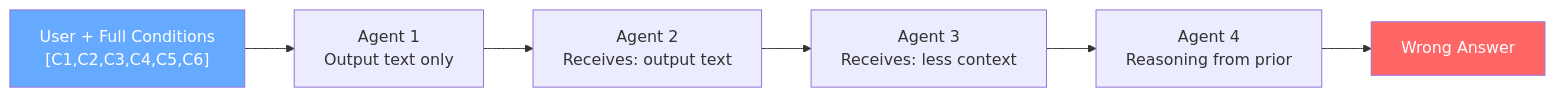
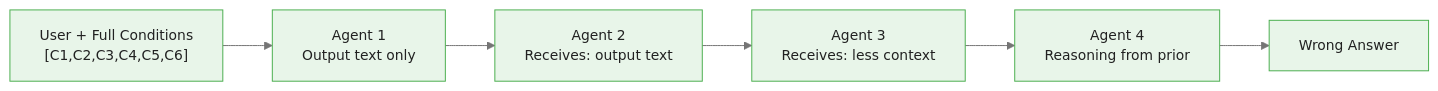
Before and after one commit to m-deane/course-creator: the first of 3 diagrams in courses/bayesian-prompt-engineering/modules/module_05_agents_workflows/guides/01_agent_conditioning_slides.md, drawn with Mermaid. The commit also changed other lines of this file and 53 other files, not shown here.

````diff
--- a/courses/bayesian-prompt-engineering/modules/module_05_agents_workflows/guides/01_agent_conditioning_slides.md
+++ b/courses/bayesian-prompt-engineering/modules/module_05_agents_workflows/guides/01_agent_conditioning_slides.md
@@ -43,10 +46,9 @@
 ```mermaid
+%%{init: {"theme": "base", "themeVariables": {"primaryColor": "#e8f5e9", "primaryBorderColor": "#4caf50", "primaryTextColor": "#212121", "secondaryColor": "#e3f2fd", "tertiaryColor": "#fff8e1", "lineColor": "#757575", "fontFamily": "Inter, sans-serif", "fontSize": "14px"}}}%%
 flowchart LR
     U["User + Full Conditions\n[C1,C2,C3,C4,C5,C6]"] --> A1
     A1["Agent 1\nOutput text only"] --> A2
     A2["Agent 2\nReceives: output text"] --> A3
     A3["Agent 3\nReceives: less context"] --> A4
     A4["Agent 4\nReasoning from prior"] --> R["Wrong Answer"]
-    style R fill:#f66,color:#fff
-    style U fill:#6af,color:#fff
 ```
````
